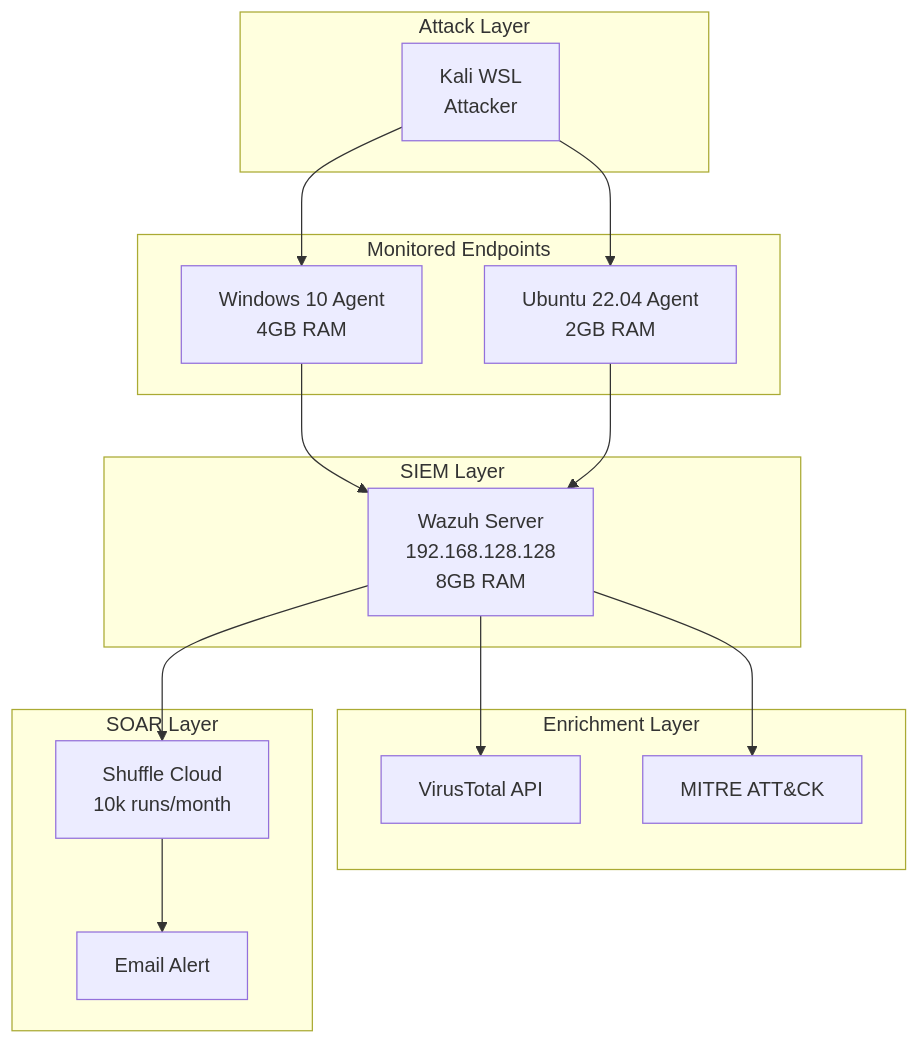
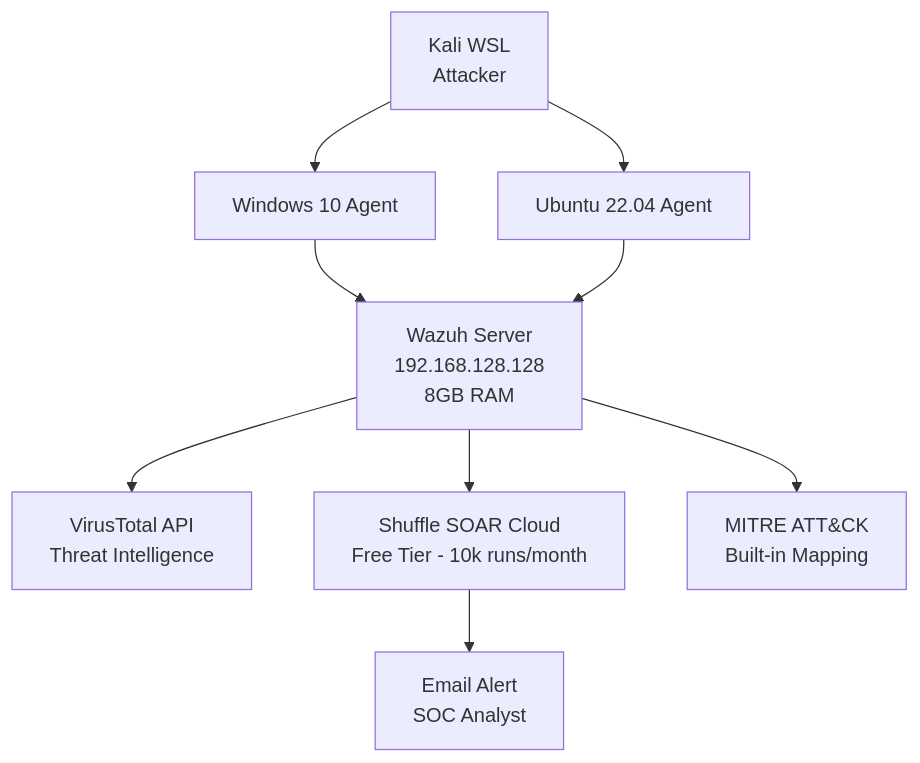
The diagram in README.md (ALOITH-exe/wazuh-soc-lab), drawn with Mermaid before and after one commit. The commit also changed other lines of this file, not shown here.

````diff
--- a/README.md
+++ b/README.md
@@ -10,34 +10,15 @@
 ```mermaid
-flowchart TB
-    subgraph Attack["Attack Layer"]
-        KALI[Kali WSL<br/>Attacker]
-    end
+flowchart TD
+    KALI[Kali WSL<br/>Attacker] --> WIN[Windows 10 Agent]
+    KALI --> UBU[Ubuntu 22.04 Agent]
     
-    subgraph Endpoints["Monitored Endpoints"]
-        WIN[Windows 10 Agent<br/>4GB RAM]
-        UBU[Ubuntu 22.04 Agent<br/>2GB RAM]
-    end
+    WIN --> WAZUH[Wazuh Server<br/>192.168.128.128<br/>8GB RAM]
+    UBU --> WAZUH
     
-    subgraph SIEM["SIEM Layer"]
-        WAZUH[Wazuh Server<br/>192.168.128.128<br/>8GB RAM]
-    end
+    WAZUH --> VT[VirusTotal API<br/>Threat Intelligence]
+    WAZUH --> SHUFFLE[Shuffle SOAR Cloud<br/>Free Tier - 10k runs/month]
     
-    subgraph Enrichment["Enrichment Layer"]
-        VT[VirusTotal API]
-        MITRE[MITRE ATT&CK]
-    end
+    SHUFFLE --> EMAIL[Email Alert<br/>SOC Analyst]
     
-    subgraph SOAR["SOAR Layer"]
-        SHUFFLE[Shuffle Cloud<br/>10k runs/month]
-        EMAIL[Email Alert]
-    end
-    
-    KALI --> WIN
-    KALI --> UBU
-    WIN --> WAZUH
-    UBU --> WAZUH
-    WAZUH --> VT
-    WAZUH --> MITRE
-    WAZUH --> SHUFFLE
-    SHUFFLE --> EMAIL
+    WAZUH --> MITRE[MITRE ATT&CK<br/>Built-in Mapping]
 ```
````
